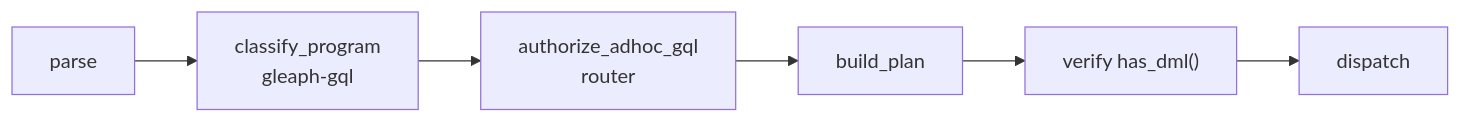
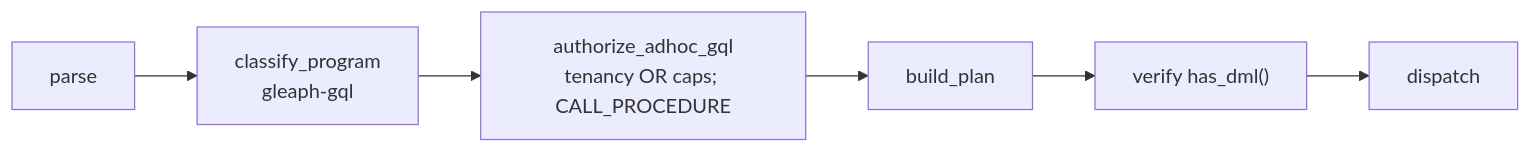
The diagram in design/security/rbac-and-prepared.md (perforate-org/gleaph), drawn with Mermaid before and after one commit. The commit also changed other lines of this file and 21 other files, not shown here.

First line of the commit message:
feat(auth)!: replace role ladder with caps and per-graph grants

````diff
--- a/design/security/rbac-and-prepared.md
+++ b/design/security/rbac-and-prepared.md
@@ -48,8 +89,8 @@
 ```mermaid
 flowchart LR
     A[parse] --> B["classify_program<br/>gleaph-gql"]
-    B --> C["authorize_adhoc_gql<br/>router"]
+    B --> C["authorize_adhoc_gql<br/>tenancy OR caps; CALL_PROCEDURE"]
     C --> D[build_plan]
     D --> E["verify has_dml()"]
     E --> F[dispatch]
 ```
````
